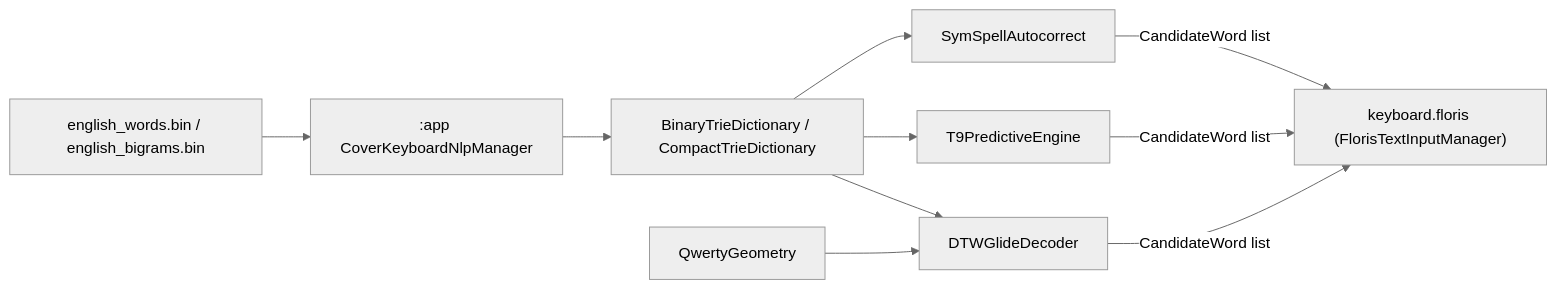
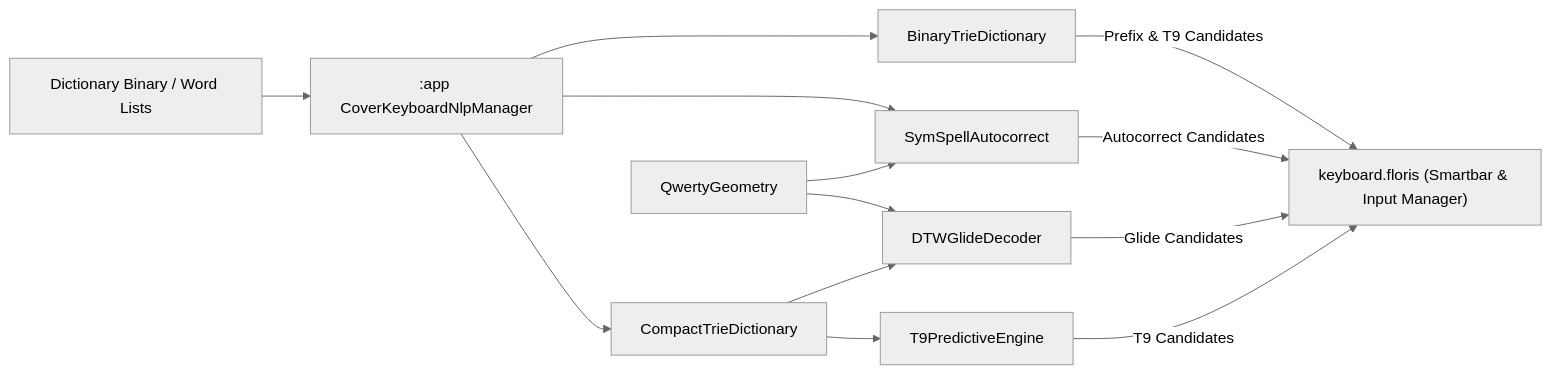
One commit to tyejaedon/Cover-Screen-OS changed the diagram in keyboard-floris/src/main/java/com/tyejaedon/coverscreenos/keyboard/nlp/README.md. Above: the diagram before and after it, drawn with Mermaid (neutral theme). The commit also changed other lines of this file and 157 other files, not shown here.

````diff
--- a/keyboard-floris/src/main/java/com/tyejaedon/coverscreenos/keyboard/nlp/README.md
+++ b/keyboard-floris/src/main/java/com/tyejaedon/coverscreenos/keyboard/nlp/README.md
@@ -18,12 +92,15 @@
 ```mermaid
 flowchart LR
-    Assets["english_words.bin / english_bigrams.bin"] --> Loader[":app CoverKeyboardNlpManager"]
-    Loader --> Trie["BinaryTrieDictionary / CompactTrieDictionary"]
-    Trie --> SymSpell["SymSpellAutocorrect"]
-    Trie --> T9["T9PredictiveEngine"]
-    Geometry["QwertyGeometry"] --> DTW["DTWGlideDecoder"]
-    Trie --> DTW
-    SymSpell -->|"CandidateWord list"| Floris["keyboard.floris (FlorisTextInputManager)"]
-    T9 -->|"CandidateWord list"| Floris
-    DTW -->|"CandidateWord list"| Floris
+    Assets["Dictionary Binary / Word Lists"] --> Loader[":app CoverKeyboardNlpManager"]
+    Loader --> Binary["BinaryTrieDictionary"]
+    Loader --> Compact["CompactTrieDictionary"]
+    Loader --> SymSpell["SymSpellAutocorrect"]
+    Geometry["QwertyGeometry"] --> SymSpell
+    Geometry --> DTW["DTWGlideDecoder"]
+    Compact --> DTW
+    Compact --> T9["T9PredictiveEngine"]
+    Binary -->|"Prefix & T9 Candidates"| UI["keyboard.floris (Smartbar & Input Manager)"]
+    SymSpell -->|"Autocorrect Candidates"| UI
+    DTW -->|"Glide Candidates"| UI
+    T9 -->|"T9 Candidates"| UI
 ```
````
